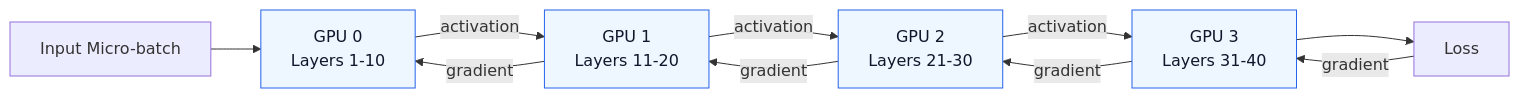
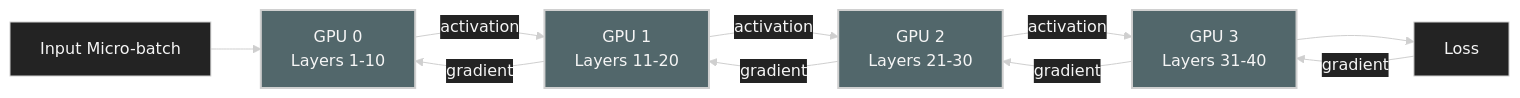
One commit to ziwon/ai-data-center-network changed the third of 12 diagrams in deep-learning-for-network-engineers/week03/README.md. Above: the diagram before and after it, drawn with Mermaid. The commit also changed other lines of this file and 35 other files, not shown here.

Commit message:
docs(mermaid): apply dark diagram style

````diff
--- a/deep-learning-for-network-engineers/week03/README.md
+++ b/deep-learning-for-network-engineers/week03/README.md
@@ -207,17 +209,18 @@
 ```mermaid
+%%{init: {"theme": "base", "themeVariables": {"background": "#171717", "primaryColor": "#232323", "primaryTextColor": "#f5f5f5", "primaryBorderColor": "#d0d0d0", "lineColor": "#cfcfcf", "fontFamily": "Inter, Arial, sans-serif"}}}%%
 flowchart LR
-    classDef gpu fill:#eef6ff,stroke:#2563eb,color:#0f172a
-    classDef act fill:#ecfdf5,stroke:#059669,color:#064e3b
-    classDef grad fill:#fff7ed,stroke:#ea580c,color:#7c2d12
+    classDef gpu fill:#52676b,stroke:#d0d0d0,color:#f5f5f5,stroke-width:2px;
+    classDef act fill:#232323,stroke:#d0d0d0,color:#f5f5f5,stroke-width:2px;
+    classDef grad fill:#232323,stroke:#d0d0d0,color:#f5f5f5,stroke-width:2px;
 
     X[Input Micro-batch] --> G0[GPU 0<br/>Layers 1-10]:::gpu
     G0 -->|activation| G1[GPU 1<br/>Layers 11-20]:::gpu
     G1 -->|activation| G2[GPU 2<br/>Layers 21-30]:::gpu
     G2 -->|activation| G3[GPU 3<br/>Layers 31-40]:::gpu
     G3 --> Y[Loss]
 
     Y -->|gradient| G3
     G3 -->|gradient| G2
     G2 -->|gradient| G1
     G1 -->|gradient| G0
 ```
````
